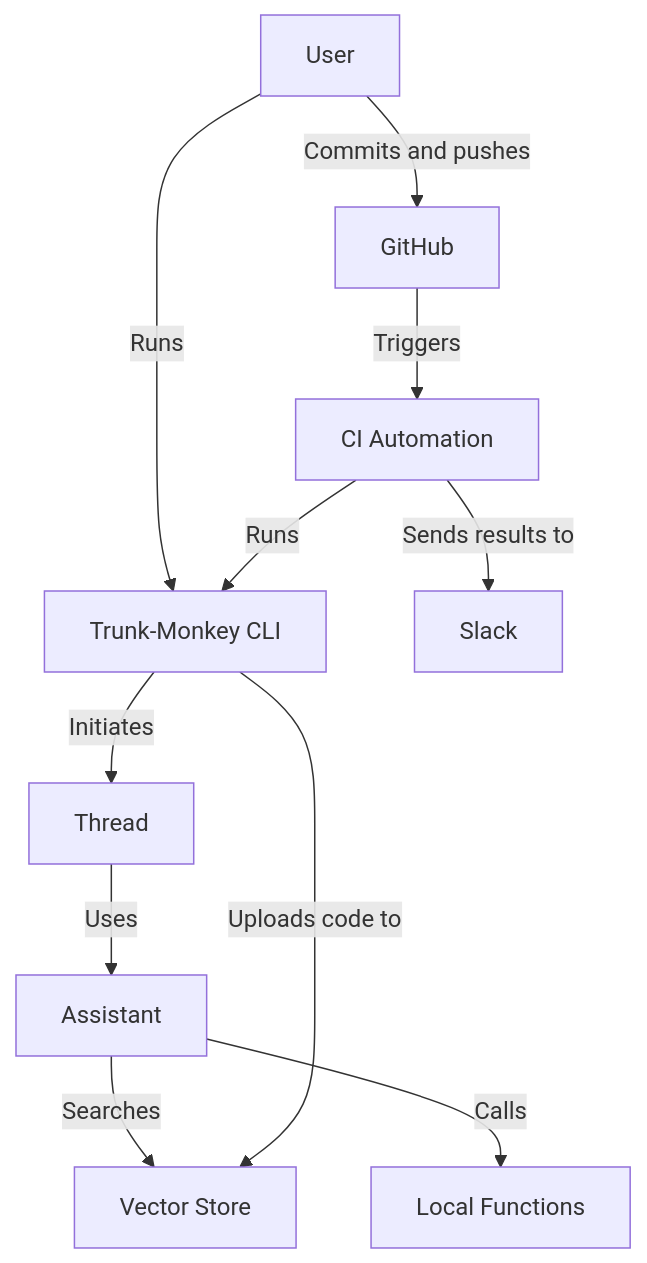
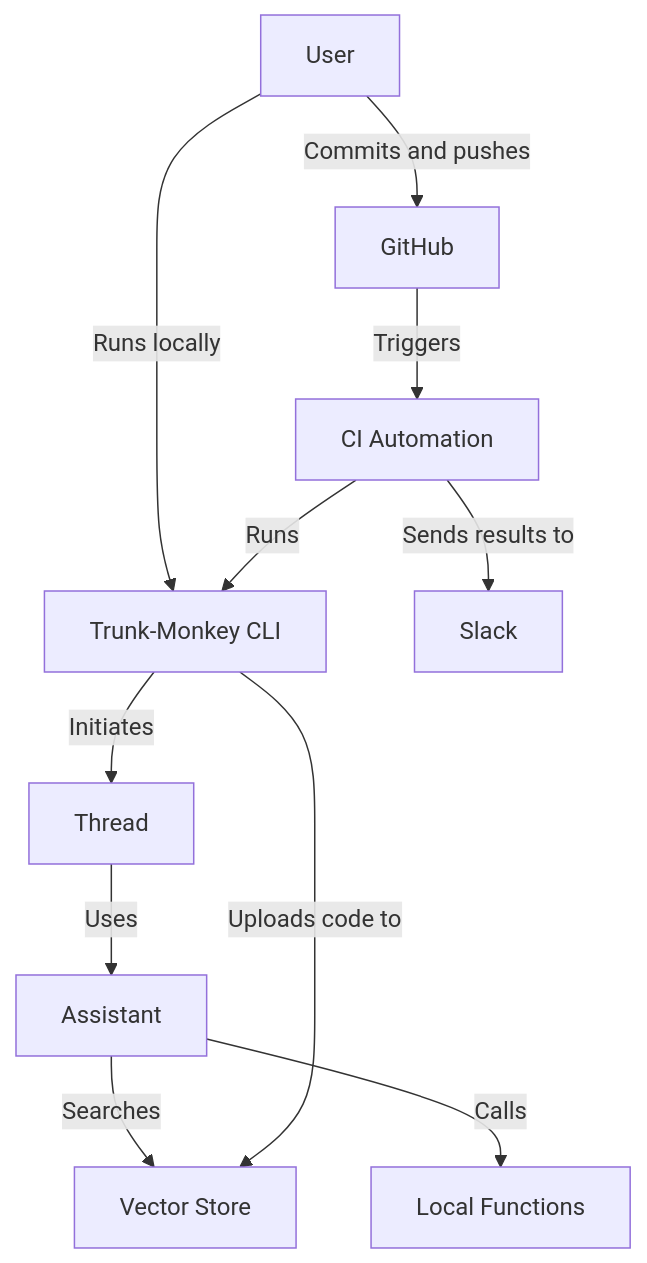
The diagram in ARCHITECTURE.md (Th3Un1q3/trunk-monkey), drawn with Mermaid before and after one commit.

````diff
--- a/ARCHITECTURE.md
+++ b/ARCHITECTURE.md
@@ -4,25 +4,25 @@
 ```mermaid
 flowchart TD
 %% Nodes
     A[User]
     B[Assistant]
     C[Thread]
     D[Vector Store]
     E[Local Functions]
     F[Trunk-Monkey CLI]
     G[CI Automation]
     H[GitHub]
     I[Slack]
 
 %% Edge connections between nodes
-    A --> |Runs| F
+    A --> |Runs locally| F
     A --> |Commits and pushes| H
     B --> |Searches| D 
     B --> |Calls| E
     C --> |Uses| B
     F --> |Initiates| C
     F --> |Uploads code to| D
     G --> |Runs| F
     G --> |Sends results to| I
     H --> |Triggers| G
 ```
````
